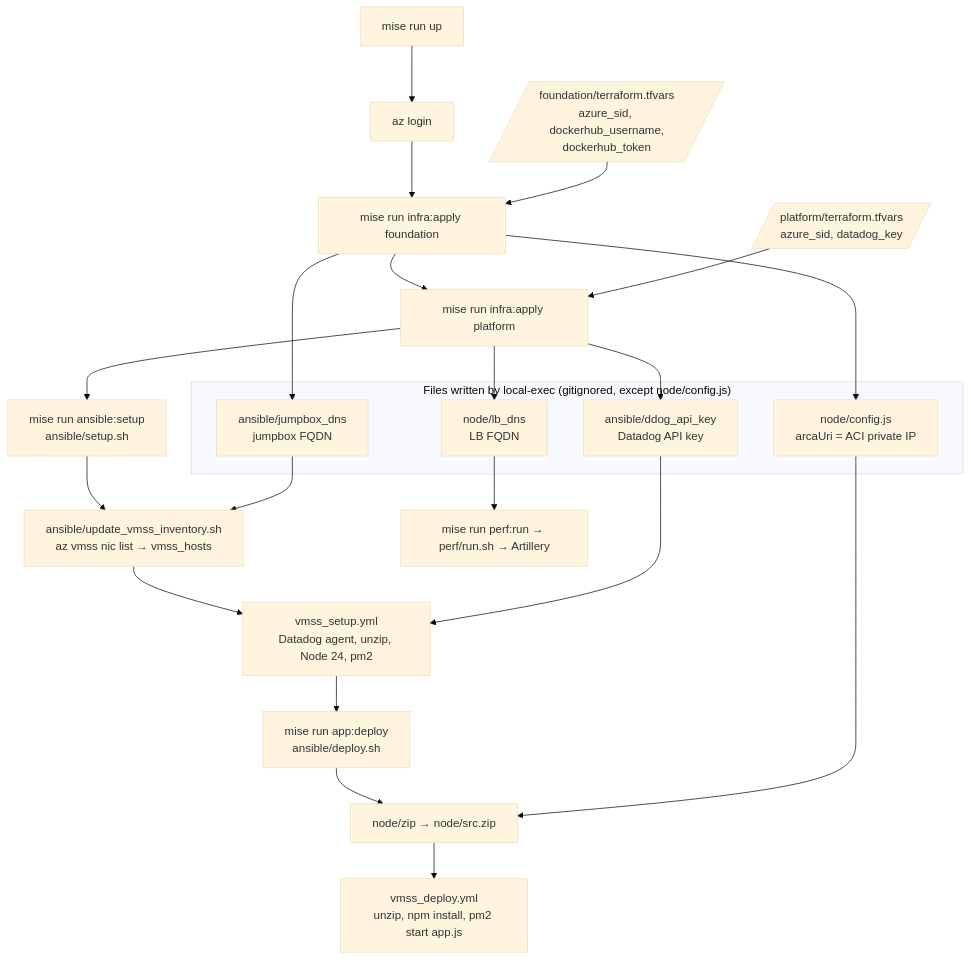
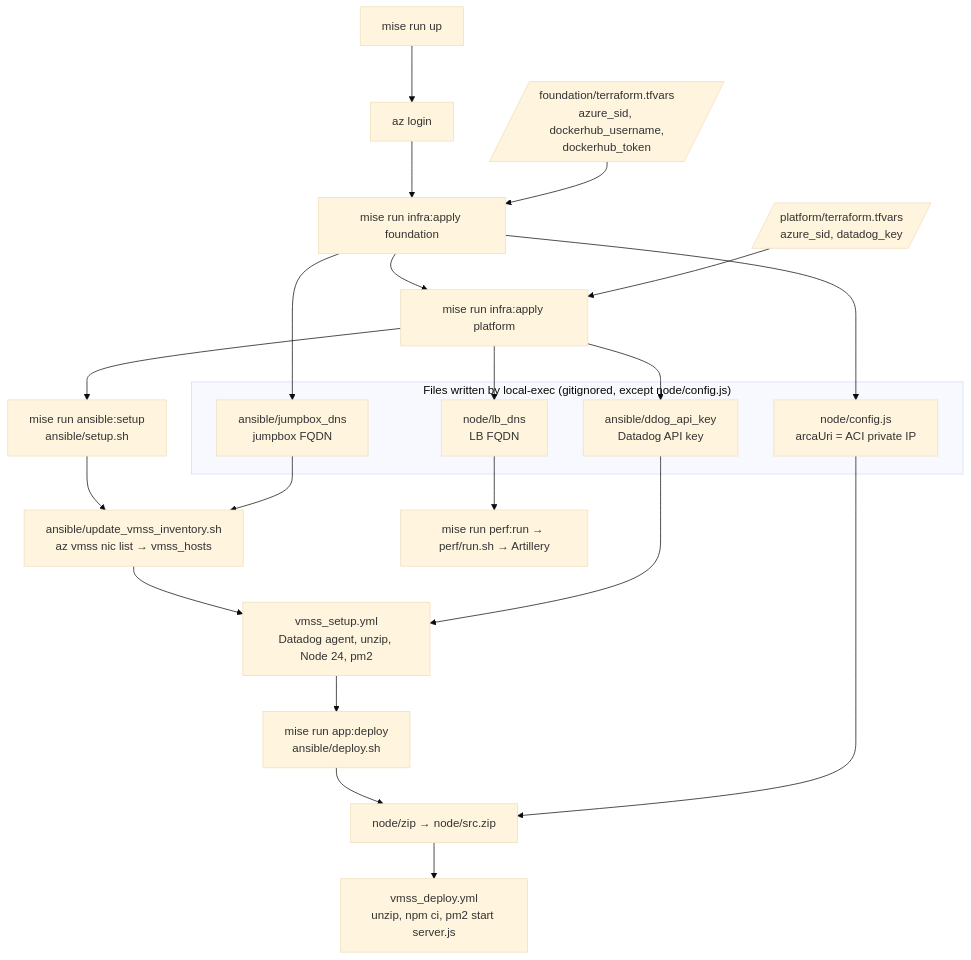
The third of 3 diagrams in docs/infra/overview.md (tcorzo/fiuba-2026C2-arq-tp2), drawn with Mermaid (base theme) before and after one commit. The commit also changed other lines of this file and 51 other files, not shown here.

````diff
--- a/docs/infra/overview.md
+++ b/docs/infra/overview.md
@@ -122,39 +124,39 @@
 ```mermaid
 flowchart TD
     tfvarsf[/foundation/terraform.tfvars<br/>azure_sid, dockerhub_username,<br/>dockerhub_token/]
     tfvarsp[/platform/terraform.tfvars<br/>azure_sid, datadog_key/]
     start[mise run up]
     login[az login]
     applyf[mise run infra:apply foundation]
     apply[mise run infra:apply platform]
 
     start --> login --> applyf --> apply
     tfvarsf --> applyf
     tfvarsp --> apply
 
     subgraph files["Files written by local-exec (gitignored, except node/config.js)"]
         cfg[node/config.js<br/>arcaUri = ACI private IP]
         lbdns[node/lb_dns<br/>LB FQDN]
         jbdns[ansible/jumpbox_dns<br/>jumpbox FQDN]
         ddkey[ansible/ddog_api_key<br/>Datadog API key]
     end
 
     applyf --> cfg & jbdns
     apply --> lbdns & ddkey
 
     setup[mise run ansible:setup<br/>ansible/setup.sh]
     inv[ansible/update_vmss_inventory.sh<br/>az vmss nic list → vmss_hosts]
     pbsetup[vmss_setup.yml<br/>Datadog agent, unzip, Node 24, pm2]
     deploy[mise run app:deploy<br/>ansible/deploy.sh]
     zip[node/zip → node/src.zip]
-    pbdeploy[vmss_deploy.yml<br/>unzip, npm install, pm2 start app.js]
+    pbdeploy[vmss_deploy.yml<br/>unzip, npm ci, pm2 start server.js]
 
     apply --> setup --> inv --> pbsetup
     jbdns --> inv
     ddkey --> pbsetup
     pbsetup --> deploy --> zip --> pbdeploy
     cfg --> zip
 
     perf[mise run perf:run → perf/run.sh → Artillery]
     lbdns --> perf
 ```
````
